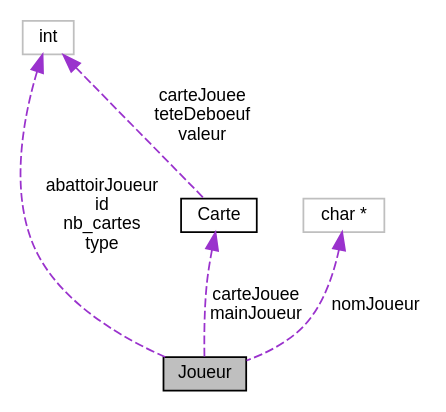
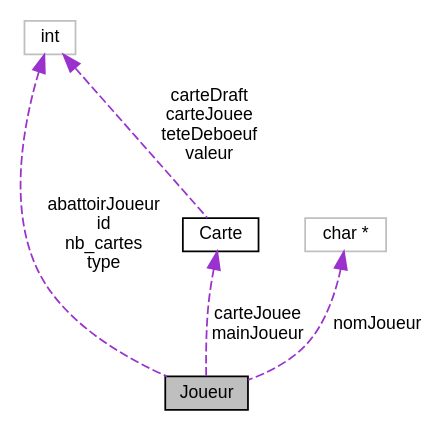
One commit to nehkowp/html changed the diagram in struct_joueur__coll__graph.dot. Above: the diagram before and after it, drawn with Graphviz. The commit also changed 203 other files, not shown here.

```diff
--- a/struct_joueur__coll__graph.dot
+++ b/struct_joueur__coll__graph.dot
@@ -1,15 +1,15 @@
 digraph "Joueur"
 {
  // INTERACTIVE_SVG=YES
  // LATEX_PDF_SIZE
   edge [fontname="Helvetica",fontsize="10",labelfontname="Helvetica",labelfontsize="10"];
   node [fontname="Helvetica",fontsize="10",shape=record];
-  Node1 [label="Joueur",height=0.2,width=0.4,color="black", fillcolor="grey75", style="filled", fontcolor="black",tooltip=" "];
+  Node1 [label="Joueur",height=0.2,width=0.4,color="black", fillcolor="grey75", style="filled", fontcolor="black",tooltip="Cette structure contient toutes les données d'un joueur."];
   Node2 -> Node1 [dir="back",color="darkorchid3",fontsize="10",style="dashed",label=" carteJouee\nmainJoueur" ,fontname="Helvetica"];
-  Node2 [label="Carte",height=0.2,width=0.4,color="black", fillcolor="white", style="filled",URL="$struct_carte.html",tooltip=" "];
-  Node3 -> Node2 [dir="back",color="darkorchid3",fontsize="10",style="dashed",label=" carteJouee\nteteDeboeuf\nvaleur" ,fontname="Helvetica"];
+  Node2 [label="Carte",height=0.2,width=0.4,color="black", fillcolor="white", style="filled",URL="$struct_carte.html",tooltip="Cette structure contient toutes les données d'une carte."];
+  Node3 -> Node2 [dir="back",color="darkorchid3",fontsize="10",style="dashed",label=" carteDraft\ncarteJouee\nteteDeboeuf\nvaleur" ,fontname="Helvetica"];
   Node3 [label="int",height=0.2,width=0.4,color="grey75", fillcolor="white", style="filled",tooltip=" "];
   Node3 -> Node1 [dir="back",color="darkorchid3",fontsize="10",style="dashed",label=" abattoirJoueur\nid\nnb_cartes\ntype" ,fontname="Helvetica"];
   Node4 -> Node1 [dir="back",color="darkorchid3",fontsize="10",style="dashed",label=" nomJoueur" ,fontname="Helvetica"];
   Node4 [label="char *",height=0.2,width=0.4,color="grey75", fillcolor="white", style="filled",tooltip=" "];
 }
```
